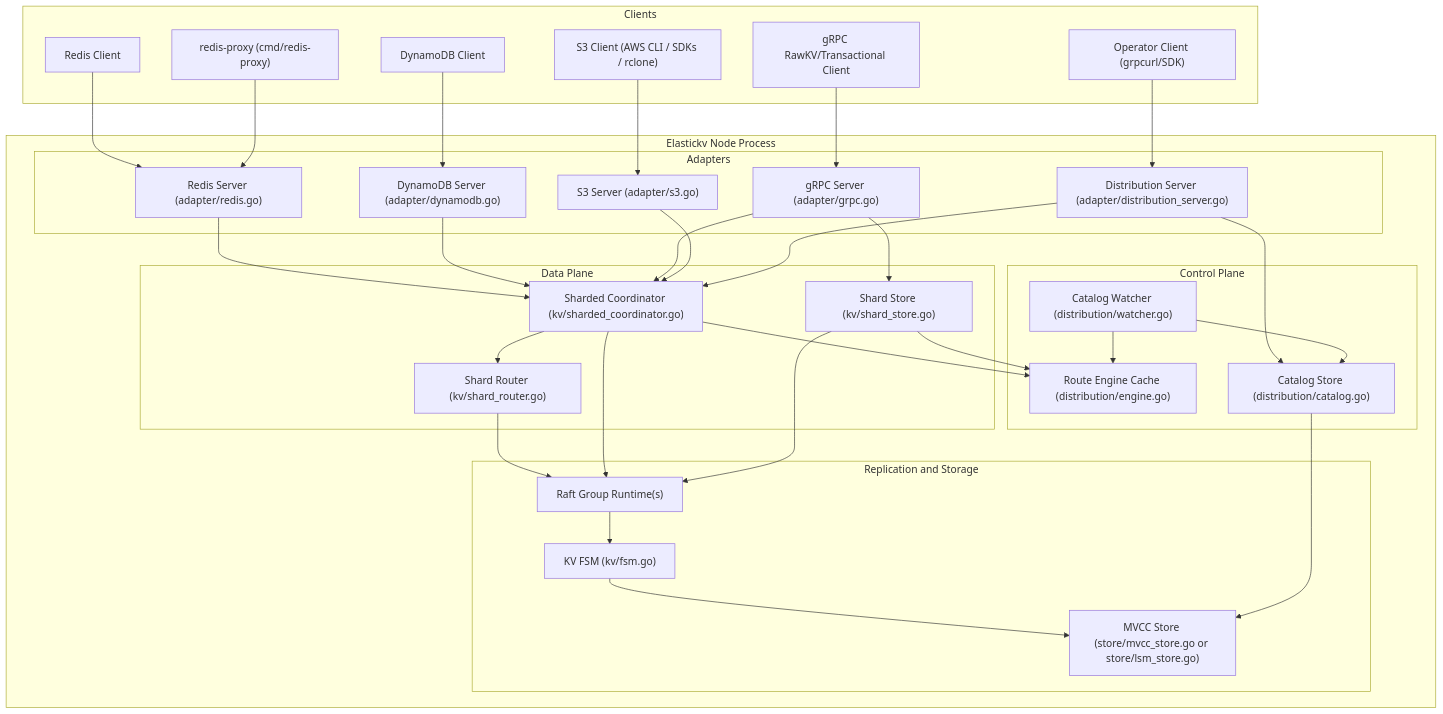
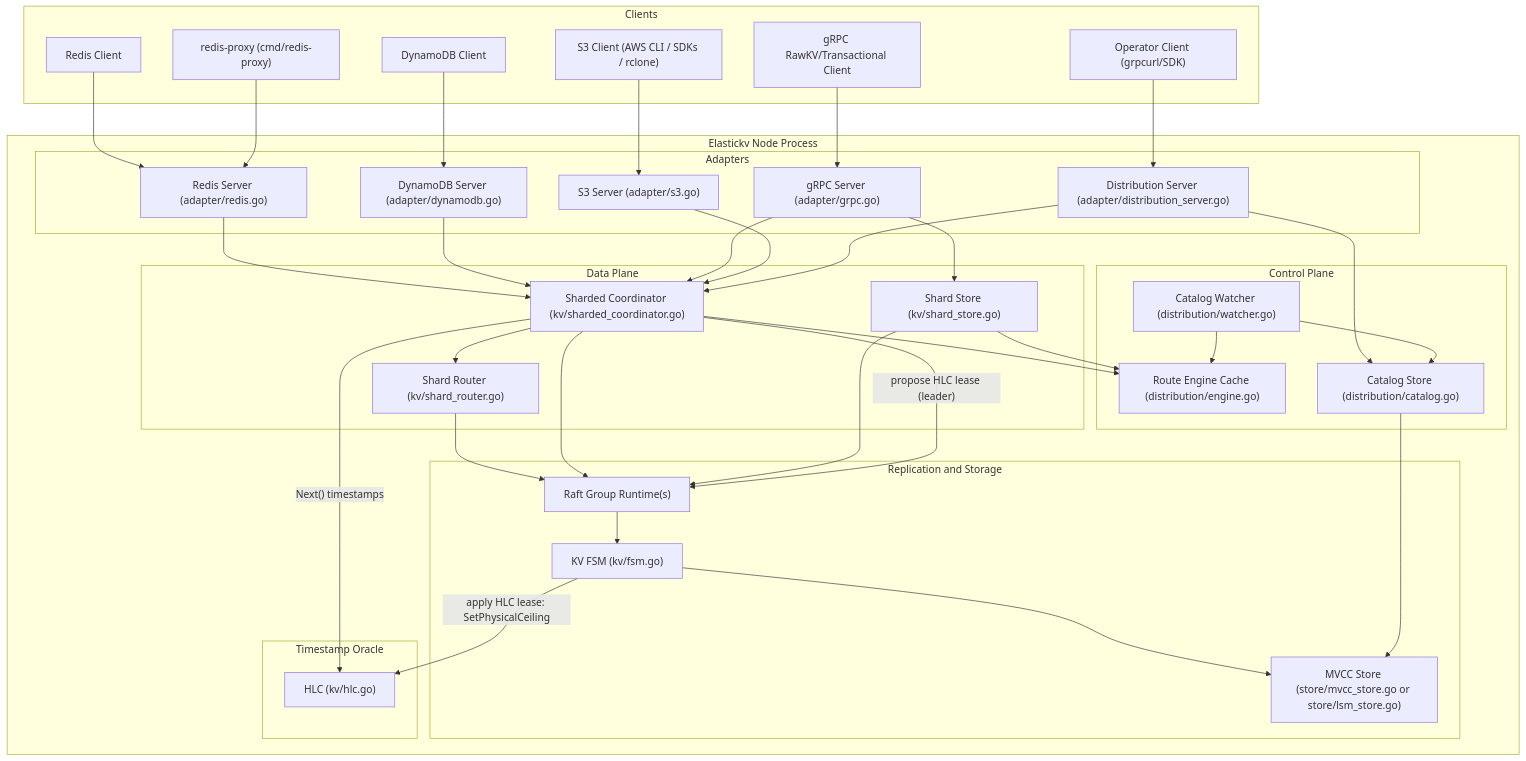
The first of 4 diagrams in docs/architecture_overview.md (bootjp/elastickv), drawn with Mermaid before and after one commit. The commit also changed other lines of this file and 1 other file, not shown here.

First line of the commit message:
docs: add HLC to architecture/README and drop stale BoltDB migration section

````diff
--- a/docs/architecture_overview.md
+++ b/docs/architecture_overview.md
@@ -7,68 +7,76 @@
 ```mermaid
 flowchart TB
   subgraph Clients["Clients"]
     RC["Redis Client"]
     DC["DynamoDB Client"]
     GC["gRPC RawKV/Transactional Client"]
     OC["Operator Client (grpcurl/SDK)"]
     SC["S3 Client (AWS CLI / SDKs / rclone)"]
     RP["redis-proxy (cmd/redis-proxy)"]
   end
 
   subgraph Node["Elastickv Node Process"]
     subgraph Adapters["Adapters"]
       RS["Redis Server (adapter/redis.go)"]
       DBS["DynamoDB Server (adapter/dynamodb.go)"]
       GS["gRPC Server (adapter/grpc.go)"]
       DS["Distribution Server (adapter/distribution_server.go)"]
       S3S["S3 Server (adapter/s3.go)"]
     end
 
     subgraph DataPlane["Data Plane"]
       SCC["Sharded Coordinator (kv/sharded_coordinator.go)"]
       SS["Shard Store (kv/shard_store.go)"]
       SR["Shard Router (kv/shard_router.go)"]
     end
 
     subgraph ControlPlane["Control Plane"]
       DE["Route Engine Cache (distribution/engine.go)"]
       CW["Catalog Watcher (distribution/watcher.go)"]
       CS["Catalog Store (distribution/catalog.go)"]
     end
 
     subgraph Replication["Replication and Storage"]
       RG["Raft Group Runtime(s)"]
       FSM["KV FSM (kv/fsm.go)"]
       MV["MVCC Store (store/mvcc_store.go or store/lsm_store.go)"]
     end
+
+    subgraph Clock["Timestamp Oracle"]
+      HLC["HLC (kv/hlc.go)"]
+    end
   end
 
   RC --> RS
   DC --> DBS
   GC --> GS
   OC --> DS
   SC --> S3S
   RP --> RS
 
   RS --> SCC
   DBS --> SCC
   GS --> SCC
   GS --> SS
   S3S --> SCC
   SCC --> SR
   SCC --> DE
   SS --> DE
 
   DS --> SCC
   DS --> CS
 
   SR --> RG
   SCC --> RG
   SS --> RG
   RG --> FSM
   FSM --> MV
 
   CS --> MV
   CW --> CS
   CW --> DE
+
+  SCC -- "Next() timestamps" --> HLC
+  FSM -- "apply HLC lease: SetPhysicalCeiling" --> HLC
+  SCC -- "propose HLC lease (leader)" --> RG
 ```
````
